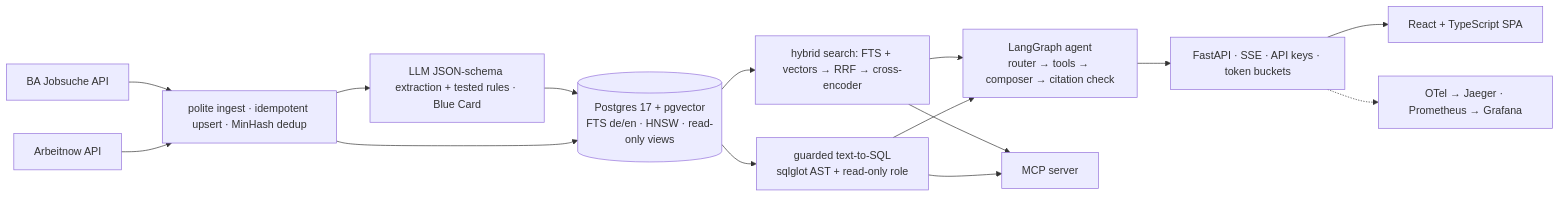
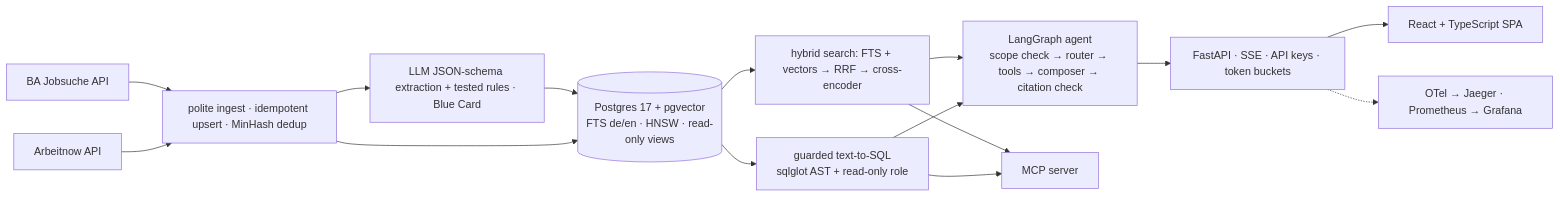
One commit to srghosh56/jobscout changed the diagram in README.md. Above: the diagram before and after it, drawn with Mermaid. The commit also changed other lines of this file and 3 other files, not shown here.

Commit message:
docs: describe scope check, argument repair and current limitations

````diff
--- a/README.md
+++ b/README.md
@@ -14,14 +14,14 @@
 ```mermaid
 flowchart LR
   BA[BA Jobsuche API] & AN[Arbeitnow API] --> ING[polite ingest · idempotent upsert · MinHash dedup]
   ING --> EXT[LLM JSON-schema extraction + tested rules · Blue Card]
   EXT --> PG[(Postgres 17 + pgvector<br/>FTS de/en · HNSW · read-only views)]
   ING --> PG
   PG --> HY[hybrid search: FTS + vectors → RRF → cross-encoder]
   PG --> SQL[guarded text-to-SQL<br/>sqlglot AST + read-only role]
-  HY & SQL --> AG[LangGraph agent<br/>router → tools → composer → citation check]
+  HY & SQL --> AG[LangGraph agent<br/>scope check → router → tools → composer → citation check]
   AG --> API[FastAPI · SSE · API keys · token buckets]
   API --> WEB[React + TypeScript SPA]
   HY & SQL --> MCP[MCP server]
   API -.-> OBS[OTel → Jaeger · Prometheus → Grafana]
 ```
````
